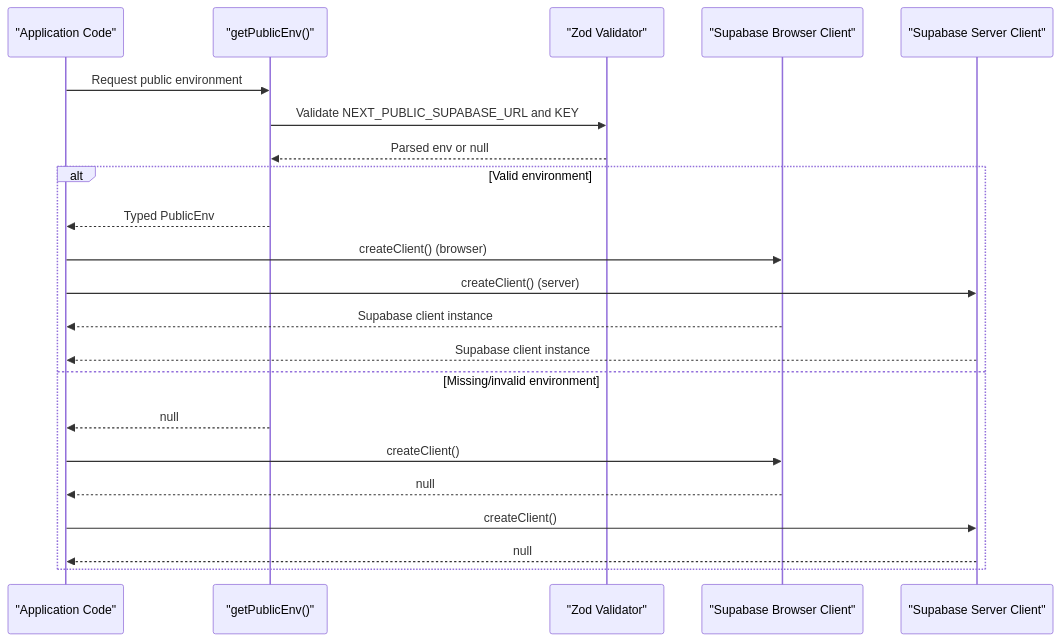
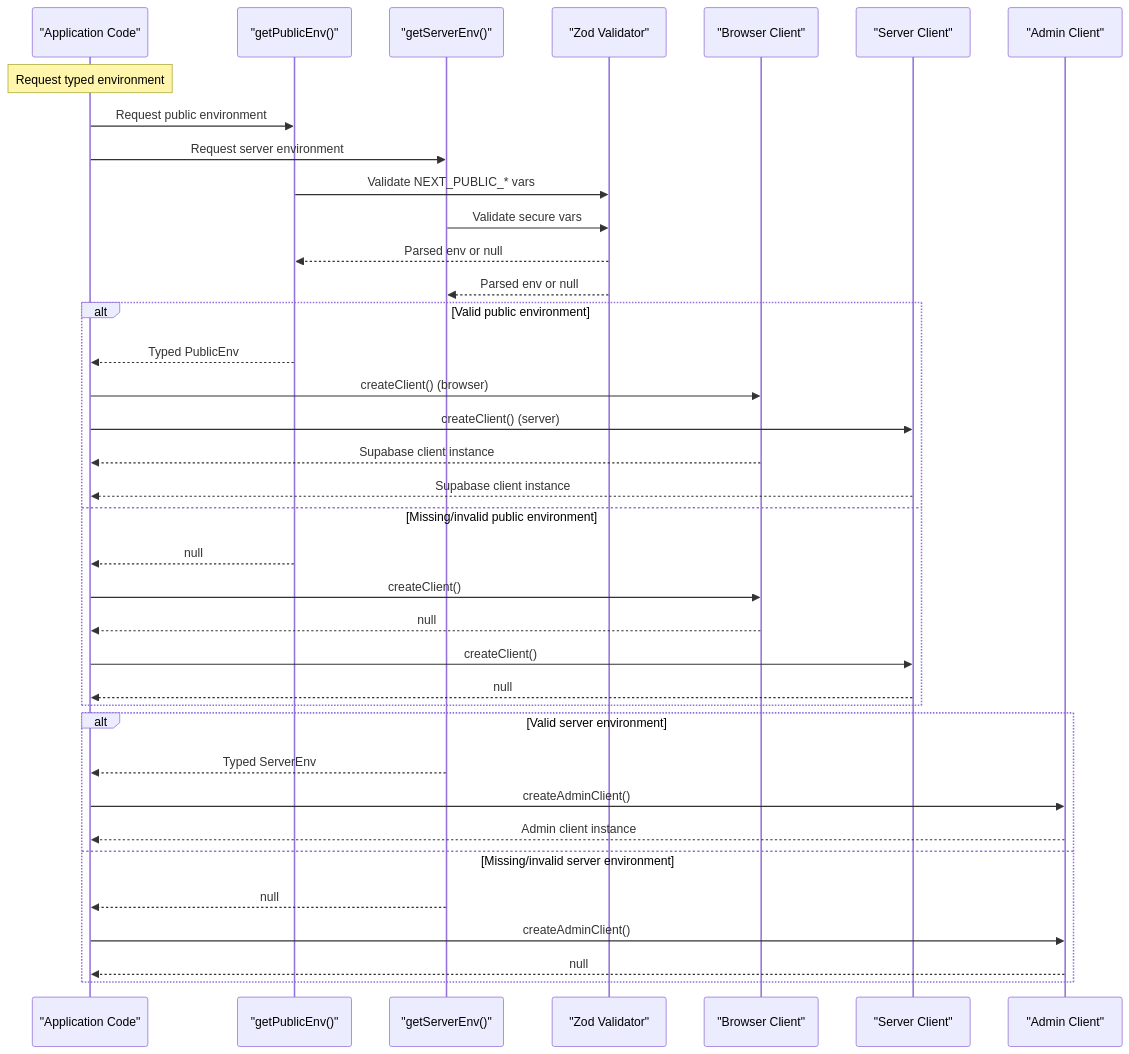
The second of 8 diagrams in .qoder/repowiki/en/content/Environment Configuration.md (AmeliaDi/ProyectoENESZooMatch), drawn with Mermaid before and after one commit. The commit also changed other lines of this file and 85 other files, not shown here.

````diff
--- a/.qoder/repowiki/en/content/Environment Configuration.md
+++ b/.qoder/repowiki/en/content/Environment Configuration.md
@@ -79,24 +123,39 @@
 ```mermaid
 sequenceDiagram
 participant App as "Application Code"
-participant Env as "getPublicEnv()"
+participant PubEnv as "getPublicEnv()"
+participant SrvEnv as "getServerEnv()"
 participant Zod as "Zod Validator"
-participant SC as "Supabase Browser Client"
-participant SS as "Supabase Server Client"
-App->>Env : Request public environment
-Env->>Zod : Validate NEXT_PUBLIC_SUPABASE_URL and KEY
-Zod-->>Env : Parsed env or null
-alt Valid environment
-Env-->>App : Typed PublicEnv
-App->>SC : createClient() (browser)
-App->>SS : createClient() (server)
+participant BC as "Browser Client"
+participant SC as "Server Client"
+participant AC as "Admin Client"
+Note over App : Request typed environment
+App->>PubEnv : Request public environment
+App->>SrvEnv : Request server environment
+PubEnv->>Zod : Validate NEXT_PUBLIC_* vars
+SrvEnv->>Zod : Validate secure vars
+Zod-->>PubEnv : Parsed env or null
+Zod-->>SrvEnv : Parsed env or null
+alt Valid public environment
+PubEnv-->>App : Typed PublicEnv
+App->>BC : createClient() (browser)
+App->>SC : createClient() (server)
+BC-->>App : Supabase client instance
 SC-->>App : Supabase client instance
-SS-->>App : Supabase client instance
-else Missing/invalid environment
-Env-->>App : null
+else Missing/invalid public environment
+PubEnv-->>App : null
+App->>BC : createClient()
+BC-->>App : null
 App->>SC : createClient()
 SC-->>App : null
-App->>SS : createClient()
-SS-->>App : null
+end
+alt Valid server environment
+SrvEnv-->>App : Typed ServerEnv
+App->>AC : createAdminClient()
+AC-->>App : Admin client instance
+else Missing/invalid server environment
+SrvEnv-->>App : null
+App->>AC : createAdminClient()
+AC-->>App : null
 end
 ```
````
